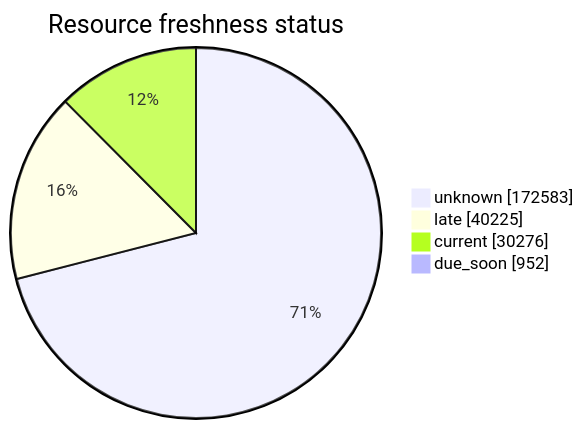
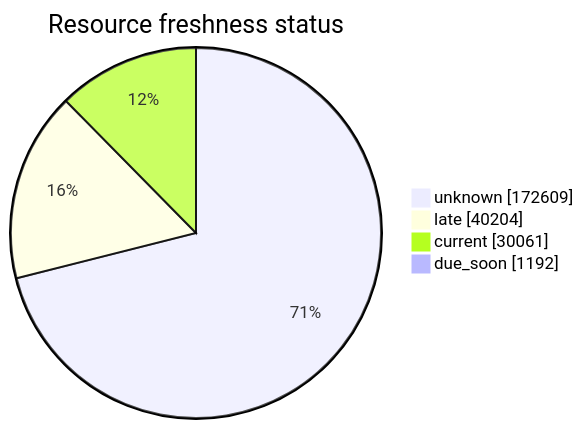
One commit to open-data/analytics-corporate-reporting changed the third of 5 diagrams in FreshCheck/README.md. Above: the diagram before and after it, drawn with Mermaid. The commit also changed other lines of this file and 3 other files, not shown here.

````diff
--- a/FreshCheck/README.md
+++ b/FreshCheck/README.md
@@ -78,7 +78,7 @@
 ```mermaid
 pie showData title Resource freshness status
-    "unknown": 172583
-    "late": 40225
-    "current": 30276
-    "due_soon": 952
+    "unknown": 172609
+    "late": 40204
+    "current": 30061
+    "due_soon": 1192
 ```
````
